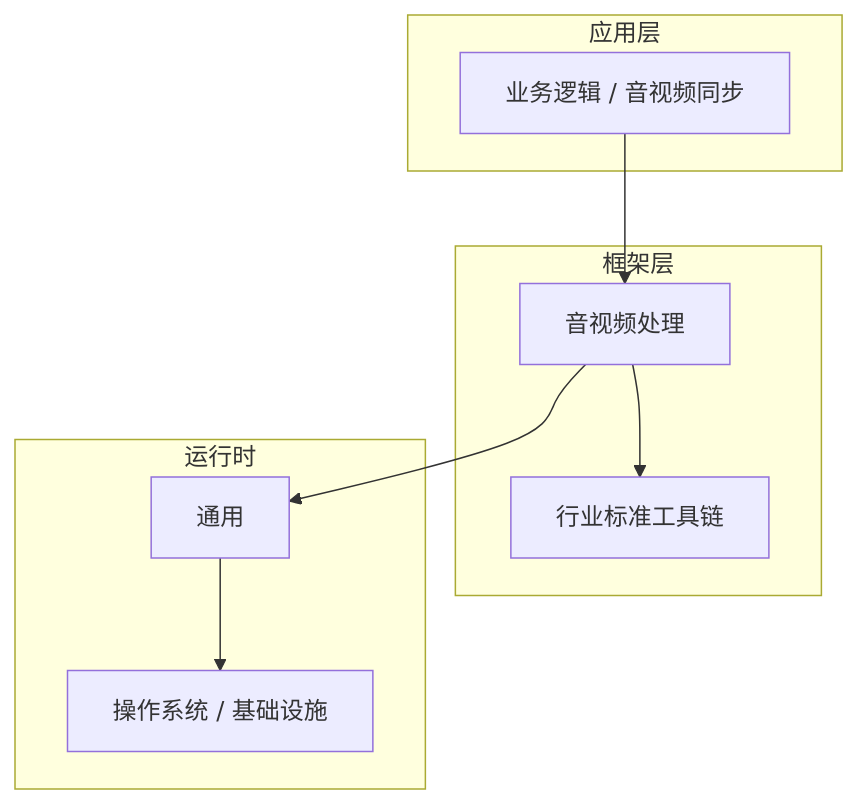
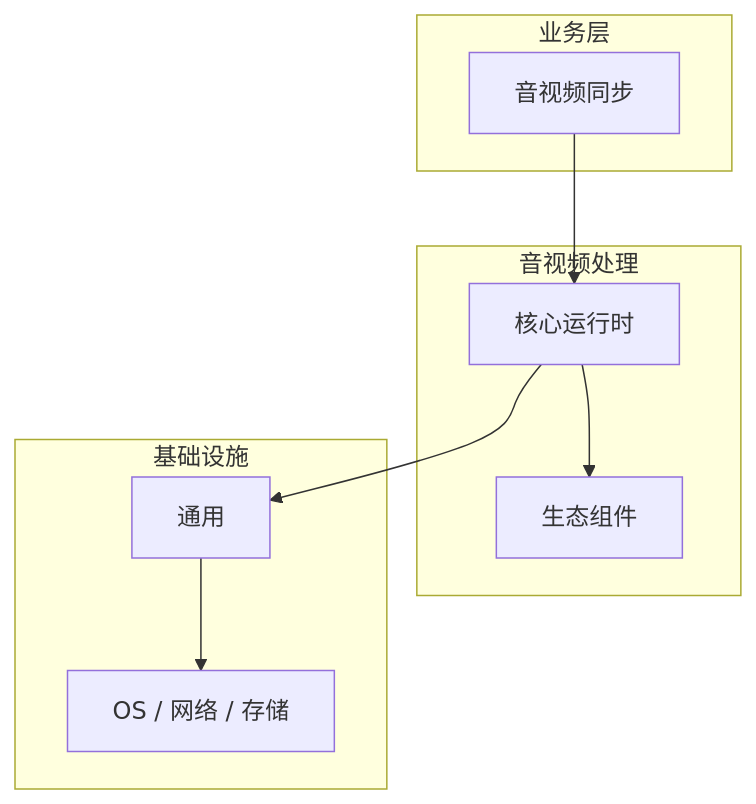
One commit to yanggan2015/knowledge-json-v2 changed the diagram in articles/音视频处理/chapters/066-音视频同步核心概念与原理.md. Above: the diagram before and after it, drawn with Mermaid. The commit also changed other lines of this file and 10127 other files, not shown here.

````diff
--- a/articles/音视频处理/chapters/066-音视频同步核心概念与原理.md
+++ b/articles/音视频处理/chapters/066-音视频同步核心概念与原理.md
@@ -45,18 +30,18 @@
 ```mermaid
 graph TB
-    subgraph 应用层
-        A[业务逻辑 / 音视频同步]
+    subgraph 业务层
+        A[音视频同步]
     end
-    subgraph 框架层
-        B[音视频处理]
-        C[行业标准工具链]
+    subgraph 音视频处理
+        B[核心运行时]
+        C[生态组件]
     end
-    subgraph 运行时
+    subgraph 基础设施
         D[通用]
-        E[操作系统 / 基础设施]
+        E[OS / 网络 / 存储]
     end
     A --> B
     B --> C
     B --> D
     D --> E
 ```
````
